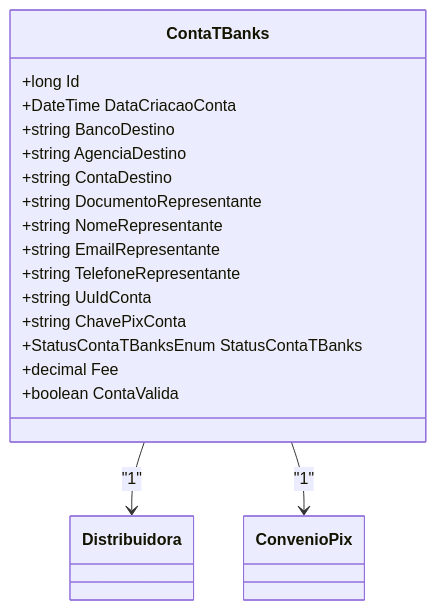
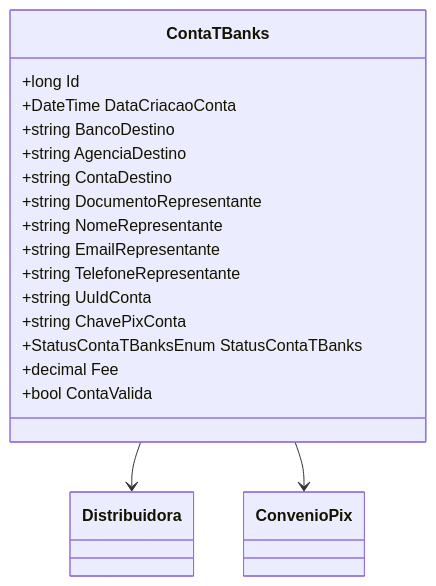
One commit to IsthmusSistemas/documentacao-tecnica changed the diagram in docs/b2b-dominio/IsthmusWinthor.Nucleo/IsthmusWinthor.Dominio/Entidades/ContaTBanks.md. Above: the diagram before and after it, drawn with Mermaid. The commit also changed other lines of this file and 882 other files, not shown here.

````diff
--- a/docs/b2b-dominio/IsthmusWinthor.Nucleo/IsthmusWinthor.Dominio/Entidades/ContaTBanks.md
+++ b/docs/b2b-dominio/IsthmusWinthor.Nucleo/IsthmusWinthor.Dominio/Entidades/ContaTBanks.md
@@ -35,28 +29,21 @@
 ```mermaid
 classDiagram
     class ContaTBanks {
         +long Id
         +DateTime DataCriacaoConta
         +string BancoDestino
         +string AgenciaDestino
         +string ContaDestino
         +string DocumentoRepresentante
         +string NomeRepresentante
         +string EmailRepresentante
         +string TelefoneRepresentante
         +string UuIdConta
         +string ChavePixConta
         +StatusContaTBanksEnum StatusContaTBanks
         +decimal Fee
-        +boolean ContaValida
+        +bool ContaValida
     }
-
-    class Distribuidora {
-    }
-
-    class ConvenioPix {
-    }
-
-    ContaTBanks --> Distribuidora: "1"
-    ContaTBanks --> ConvenioPix: "1"
+    ContaTBanks --> Distribuidora
+    ContaTBanks --> ConvenioPix
 ```
````
